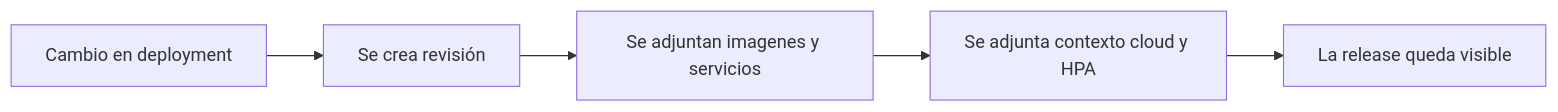
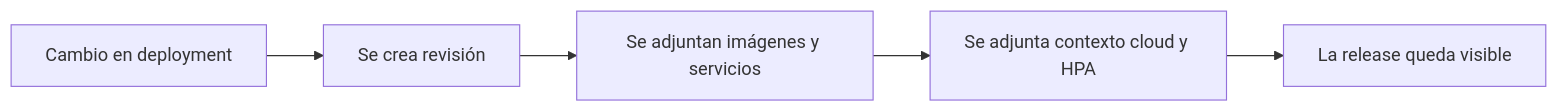
Before and after one commit to Moonin-Lab/Moonin-Docs: the third of 5 diagrams in src/content/docs/es/index.md, drawn with Mermaid. The commit also changed other lines of this file and 30 other files, not shown here.

````diff
--- a/src/content/docs/es/index.md
+++ b/src/content/docs/es/index.md
@@ -99,10 +99,10 @@
 ```mermaid
 flowchart LR
     A[Cambio en deployment]
     B[Se crea revisión]
-    C[Se adjuntan imagenes y servicios]
+    C[Se adjuntan imágenes y servicios]
     D[Se adjunta contexto cloud y HPA]
     E[La release queda visible]
 
     A --> B --> C --> D --> E
 ```
````
